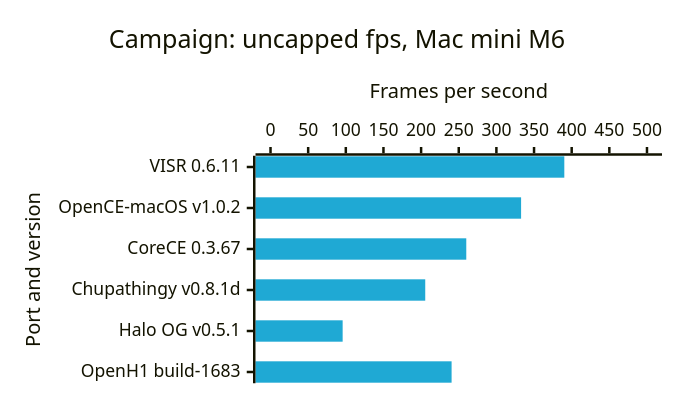
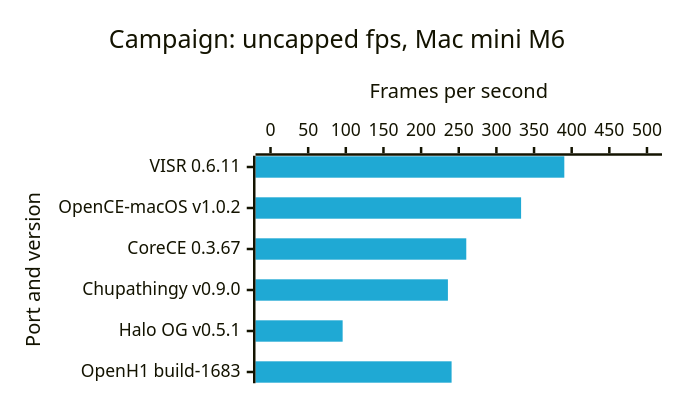
One commit to VISR-CE/visr changed the second of 8 diagrams in docs/benchmarks.md. Above: the diagram before and after it, drawn with Mermaid. The commit also changed other lines of this file and 4 other files, not shown here.

````diff
--- a/docs/benchmarks.md
+++ b/docs/benchmarks.md
@@ -49,16 +49,16 @@
 ```mermaid
 ---
 config:
   xyChart:
     width: 520
     height: 297
   themeVariables:
     xyChart:
       plotColorPalette: "#1fa9d4, #ffc24d"
 ---
 xychart-beta horizontal
     title "Campaign: uncapped fps, Mac mini M6"
-    x-axis "Port and version" ["VISR 0.6.11", "OpenCE-macOS v1.0.2", "CoreCE 0.3.67", "Chupathingy v0.8.1d", "Halo OG v0.5.1", "OpenH1 build-1683"]
+    x-axis "Port and version" ["VISR 0.6.11", "OpenCE-macOS v1.0.2", "CoreCE 0.3.67", "Chupathingy v0.9.0", "Halo OG v0.5.1", "OpenH1 build-1683"]
     y-axis "Frames per second" 0 --> 500
-    bar [390.2, 332.8, 260, 205.5, 95.8, 240.5]
+    bar [390.2, 332.8, 260, 235.6, 95.8, 240.5]
 ```
````
